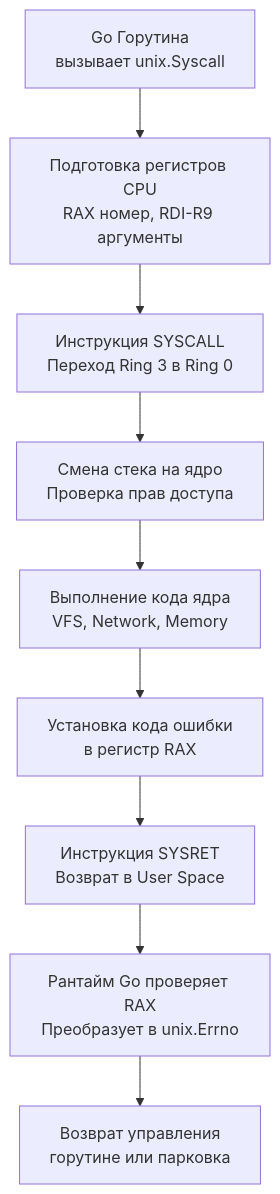
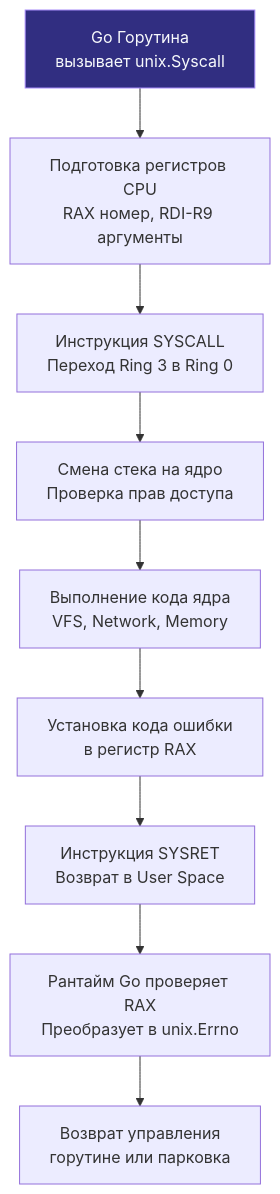
One commit to UnrealTemplier/go-textbook changed the diagram in sources/6. Стандартная библиотека Go/44. syscall и golang_org_x_sys. Работа с ОС на низком уровне.md. Above: the diagram before and after it, drawn with Mermaid. The commit also changed 1666 other files, not shown here.

First line of the commit message:
feat(mermaid): add semantic color classDef to 1369 colorless flowchart/graph diagrams

````diff
--- a/sources/6. Стандартная библиотека Go/44. syscall и golang_org_x_sys. Работа с ОС на низком уровне.md
+++ b/sources/6. Стандартная библиотека Go/44. syscall и golang_org_x_sys. Работа с ОС на низком уровне.md
@@ -24,11 +24,21 @@
 ```mermaid
 flowchart TD
-    A["Go Горутина<br>вызывает unix.Syscall"] --> B["Подготовка регистров CPU<br>RAX номер, RDI-R9 аргументы"]
+    classDef process  fill:#1e293b,stroke:#38bdf8,stroke-width:1px,color:#f8fafc
+    classDef success  fill:#064e3b,stroke:#34d399,stroke-width:1px,color:#f8fafc
+    classDef error    fill:#7f1d1d,stroke:#f87171,stroke-width:1px,color:#f8fafc
+    classDef warning  fill:#78350f,stroke:#fbbf24,stroke-width:1px,color:#f8fafc
+    classDef entry    fill:#1e3a5f,stroke:#38bdf8,stroke-width:2px,color:#f8fafc
+    classDef aux      fill:#334155,stroke:#64748b,stroke-width:1px,color:#f8fafc
+    classDef system   fill:#312e81,stroke:#a78bfa,stroke-width:1px,color:#f8fafc
+    classDef data     fill:#132d29,stroke:#2dd4bf,stroke-width:1px,color:#f8fafc
+    classDef network  fill:#881337,stroke:#fb7185,stroke-width:1px,color:#f8fafc
+    classDef accent   fill:#1e1b4b,stroke:#818cf8,stroke-width:1px,color:#f8fafc
+    A["Go Горутина<br>вызывает unix.Syscall"]:::system --> B["Подготовка регистров CPU<br>RAX номер, RDI-R9 аргументы"]
     B --> C["Инструкция SYSCALL<br>Переход Ring 3 в Ring 0"]
     C --> D["Смена стека на ядро<br>Проверка прав доступа"]
     D --> E["Выполнение кода ядра<br>VFS, Network, Memory"]
     E --> F["Установка кода ошибки<br>в регистр RAX"]
     F --> G["Инструкция SYSRET<br>Возврат в User Space"]
     G --> H["Рантайм Go проверяет RAX<br>Преобразует в unix.Errno"]
     H --> I["Возврат управления<br>горутине или парковка"]
 ```
````
